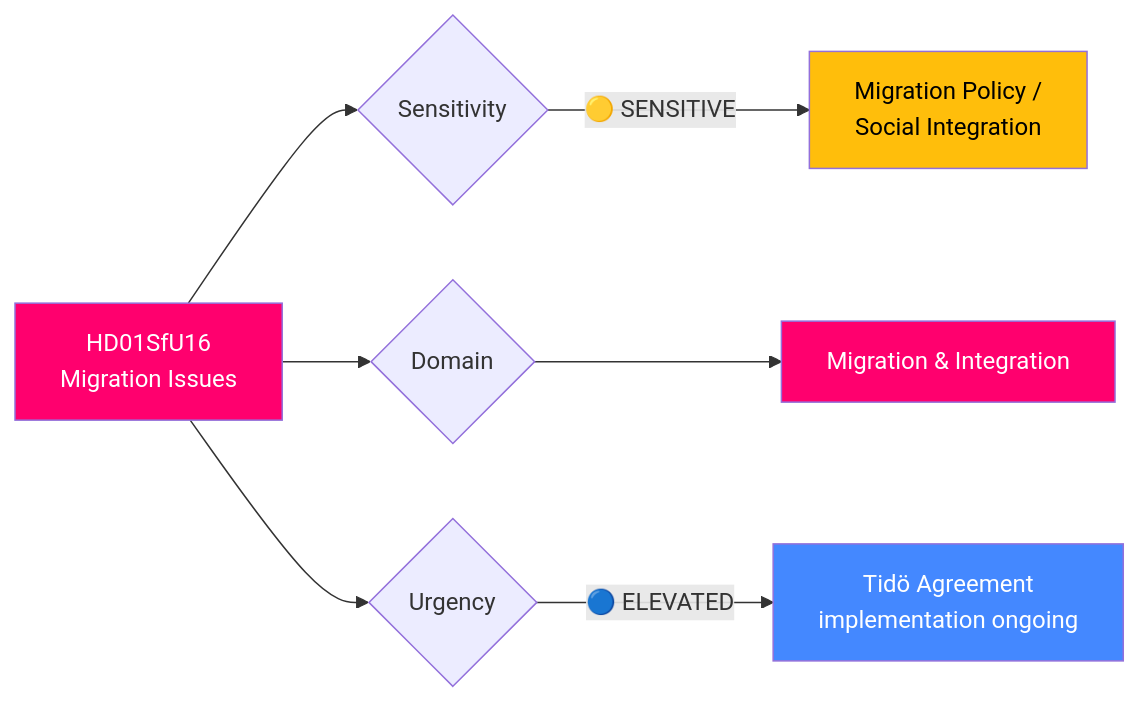
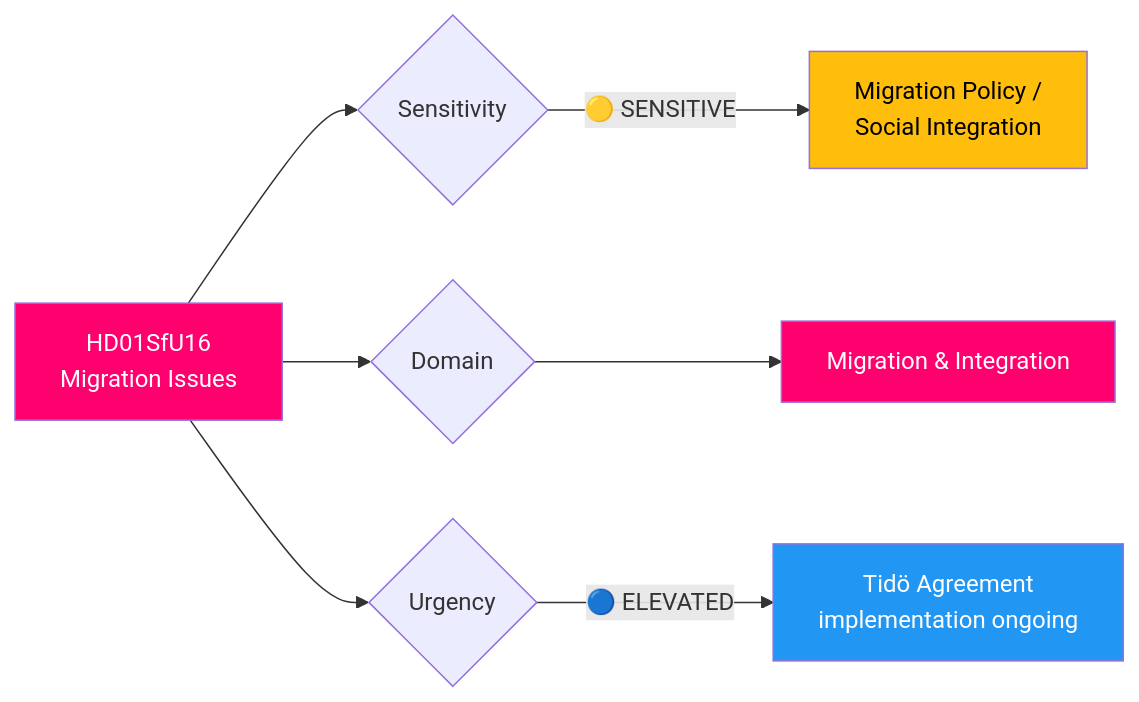
One commit to Hack23/riksdagsmonitor changed the diagram in analysis/daily/2026-04-13/committeeReports/documents/HD01SfU16-analysis.md. Above: the diagram before and after it, drawn with Mermaid. The commit also changed 785 other files, not shown here.

First line of the commit message:
Normalize mermaid colors across 786 analysis artifacts to ISMS Style Guide palette

````diff
--- a/analysis/daily/2026-04-13/committeeReports/documents/HD01SfU16-analysis.md
+++ b/analysis/daily/2026-04-13/committeeReports/documents/HD01SfU16-analysis.md
@@ -20,13 +20,13 @@
 ```mermaid
 graph LR
     A["HD01SfU16<br/>Migration Issues"] --> B{"Sensitivity"}
     B -->|"🟡 SENSITIVE"| C["Migration Policy /<br/>Social Integration"]
     A --> D{"Domain"}
     D --> E["Migration & Integration"]
     A --> F{"Urgency"}
     F -->|"🔵 ELEVATED"| G["Tidö Agreement<br/>implementation ongoing"]
-    style A fill:#ff006e,color:#fff
-    style C fill:#ffbe0b,color:#000
-    style E fill:#ff006e,color:#fff
-    style G fill:#4488ff,color:#fff
+    style A fill:#ff006e,color:#FFFFFF
+    style C fill:#ffbe0b,color:#000000
+    style E fill:#ff006e,color:#FFFFFF
+    style G fill:#2196F3,color:#FFFFFF
 ```
````
